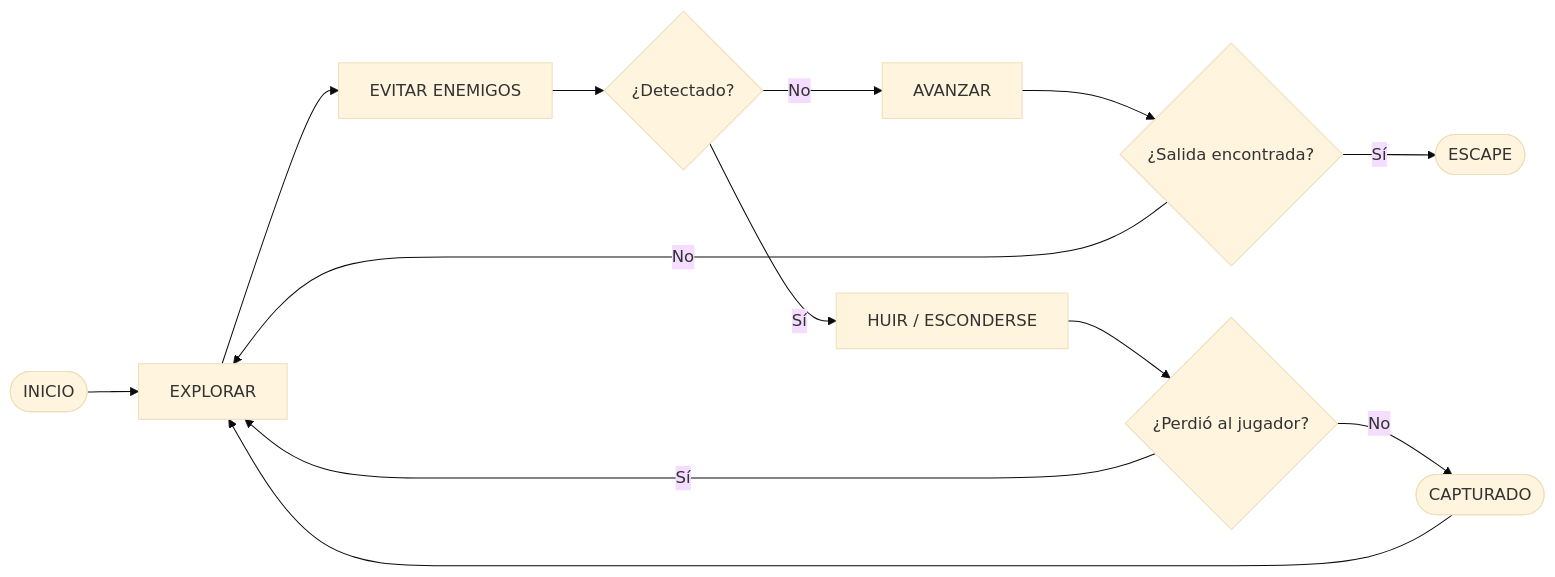
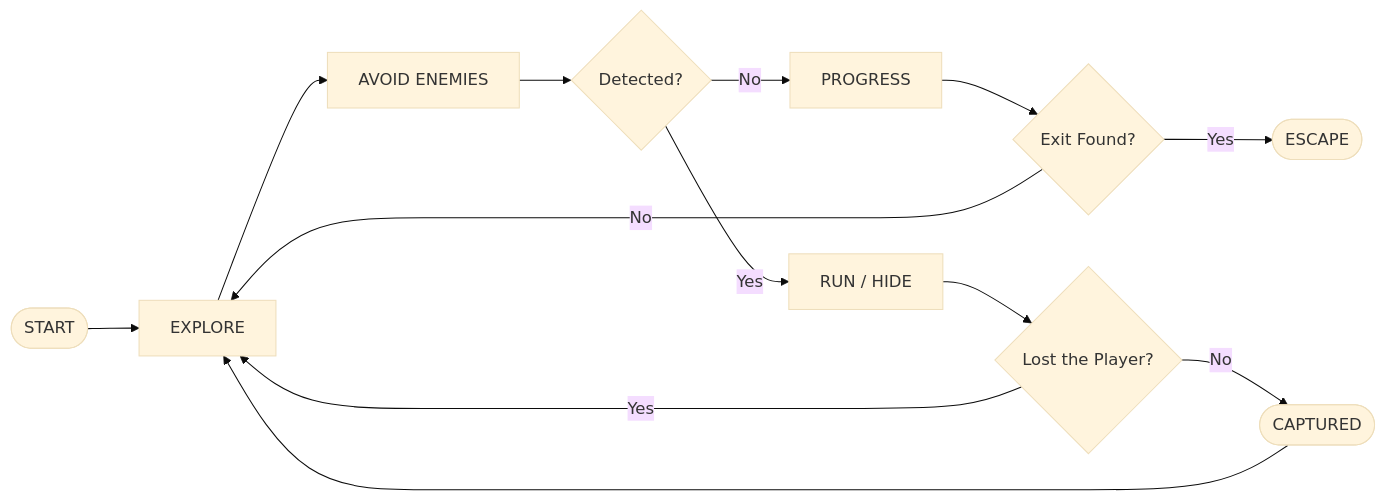
Before and after one commit to LiebPR/StayUnseen_MFA: the diagram in Documentation/GameConcept.md, drawn with Mermaid (base theme). The commit also changed other lines of this file, not shown here.

Commit message:
fix: Translate GameConcept.md to English and update content
Translated the game concept from Spanish to English and updated the game loop diagram.

````diff
--- a/Documentation/GameConcept.md
+++ b/Documentation/GameConcept.md
@@ -8,19 +11,19 @@
 ```mermaid
 flowchart LR
-    A([INICIO]) --> B[EXPLORAR]
-    B --> C[EVITAR ENEMIGOS]
-    C --> D{¿Detectado?}
+    A([START]) --> B[EXPLORE]
+    B --> C[AVOID ENEMIES]
+    C --> D{Detected?}
 
-    D -->|No| E[AVANZAR]
-    E --> F{¿Salida encontrada?}
+    D -->|No| E[PROGRESS]
+    E --> F{Exit Found?}
 
     F -->|No| B
-    F -->|Sí| G([ESCAPE])
+    F -->|Yes| G([ESCAPE])
 
-    D -->|Sí| H[HUIR / ESCONDERSE]
-    H --> I{¿Perdió al jugador?}
+    D -->|Yes| H[RUN / HIDE]
+    H --> I{Lost the Player?}
 
-    I -->|Sí| B
-    I -->|No| J([CAPTURADO])
+    I -->|Yes| B
+    I -->|No| J([CAPTURED])
     J --> B
 ```
````
